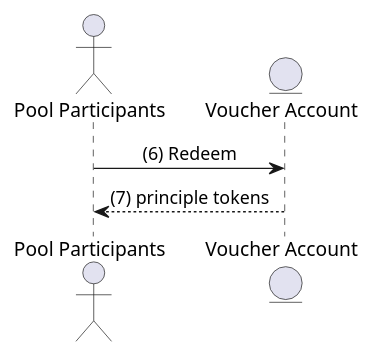
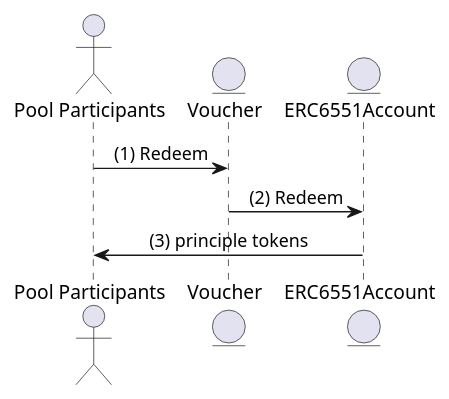
Before and after one commit to vemo-network/vemo-core-protocol: the diagram in doc/redeem.md, drawn with PlantUML. The commit also changed 2 other files, not shown here.

Commit message:
[doc] reflect change from gitbook

```diff
--- a/doc/redeem.md
+++ b/doc/redeem.md
@@ -3,9 +3,11 @@
 @startuml
 skinparam sequenceMessageAlign center
 actor PoolParticipant as "Pool Participants"
-entity VoucherAccount as "Voucher Account"
+entity Voucher as "Voucher"
+entity ERC6551Account as "ERC6551Account"
 
 
-PoolParticipant -> VoucherAccount: (6) Redeem
-VoucherAccount --> PoolParticipant: (7) principle tokens
+PoolParticipant -> Voucher: (1) Redeem
+Voucher -> ERC6551Account: (2) Redeem
+ERC6551Account -> PoolParticipant: (3) principle tokens
 @enduml
```
